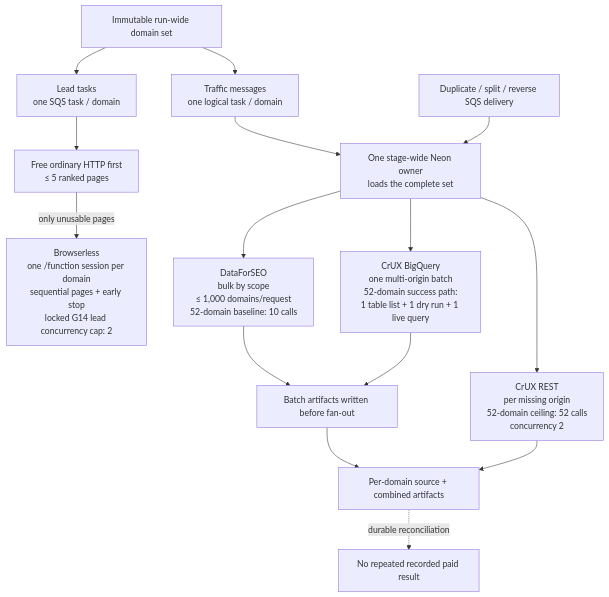
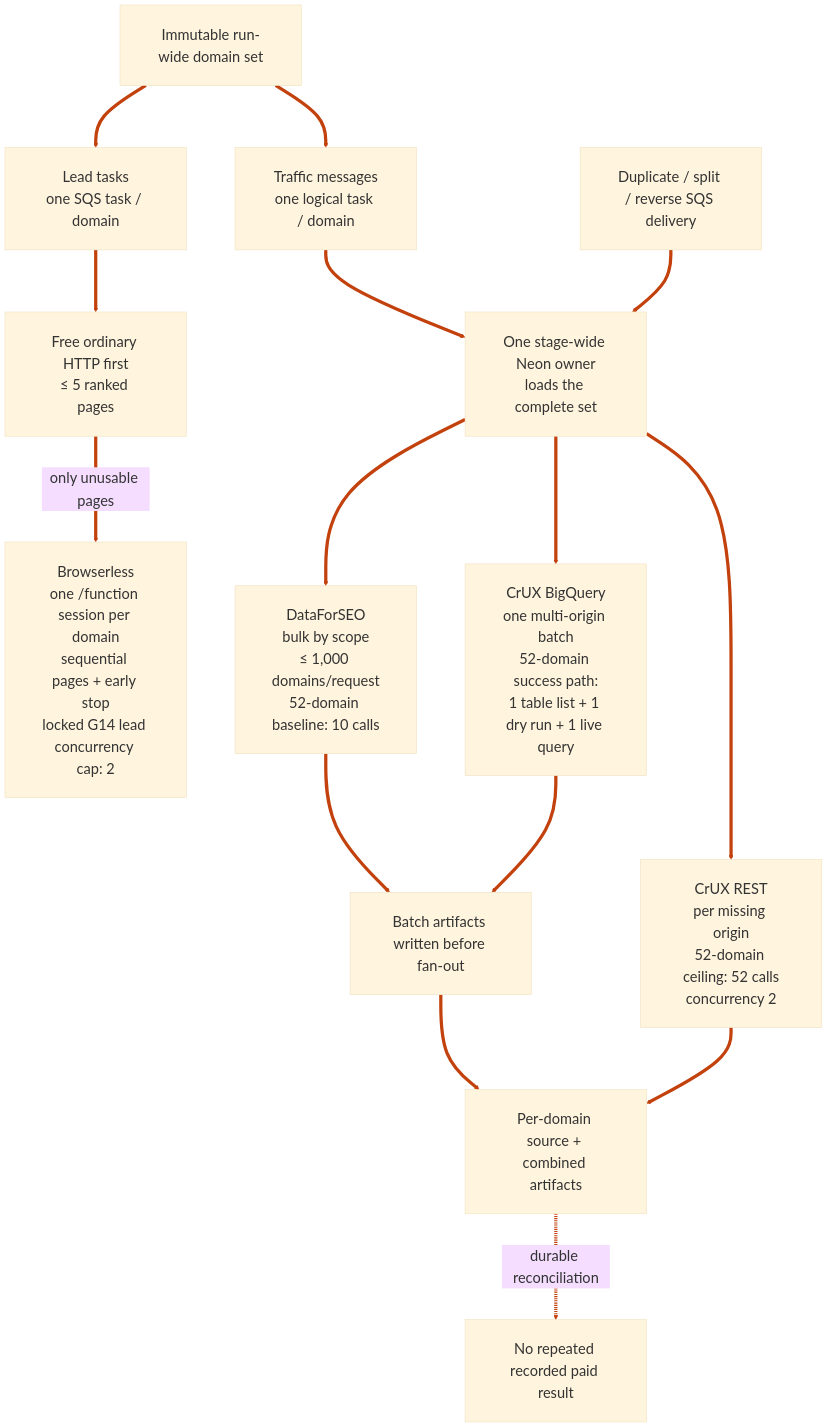
One commit to haritchowdhury/ShopSniper changed the third of 4 diagrams in IMPLEMENTED_AWS_PIPELINE_ARCHITECTURE.md. Above: the diagram before and after it, drawn with Mermaid. The commit also changed other lines of this file, not shown here.

````diff
--- a/IMPLEMENTED_AWS_PIPELINE_ARCHITECTURE.md
+++ b/IMPLEMENTED_AWS_PIPELINE_ARCHITECTURE.md
@@ -221,22 +225,24 @@
 ```mermaid
+%%{init: {"theme":"base","themeVariables":{"fontFamily":"Arial, sans-serif","fontSize":"27px","lineColor":"#c2410c"},"flowchart":{"curve":"basis","nodeSpacing":90,"rankSpacing":115,"diagramPadding":50,"padding":34,"htmlLabels":true,"useMaxWidth":false}}}%%
 flowchart TB
     DOMAINS["Immutable run-wide domain set"]
 
     DOMAINS --> LEADS["Lead tasks<br/>one SQS task / domain"]
     LEADS --> HTTP2["Free ordinary HTTP first<br/>≤ 5 ranked pages"]
     HTTP2 -->|"only unusable pages"| BL2["Browserless<br/>one /function session per domain<br/>sequential pages + early stop<br/>locked G14 lead concurrency cap: 2"]
 
     DOMAINS --> TRIGGERS["Traffic messages<br/>one logical task / domain"]
     TRIGGERS --> OWNER2["One stage-wide Neon owner<br/>loads the complete set"]
     OWNER2 --> DFS2["DataForSEO<br/>bulk by scope<br/>≤ 1,000 domains/request<br/>52-domain baseline: 10 calls"]
     OWNER2 --> REST2["CrUX REST<br/>per missing origin<br/>52-domain ceiling: 52 calls<br/>concurrency 2"]
     OWNER2 --> BQ2["CrUX BigQuery<br/>one multi-origin batch<br/>52-domain success path:<br/>1 table list + 1 dry run + 1 live query"]
 
     DFS2 --> BATCH["Batch artifacts written before fan-out"]
     BQ2 --> BATCH
     BATCH --> PER_DOMAIN["Per-domain source + combined artifacts"]
     REST2 --> PER_DOMAIN
 
     RETRY["Duplicate / split / reverse SQS delivery"] --> OWNER2
     PER_DOMAIN -. "durable reconciliation" .-> NOCALL["No repeated recorded paid result"]
+    linkStyle default stroke:#c2410c,stroke-width:6px;
 ```
````
